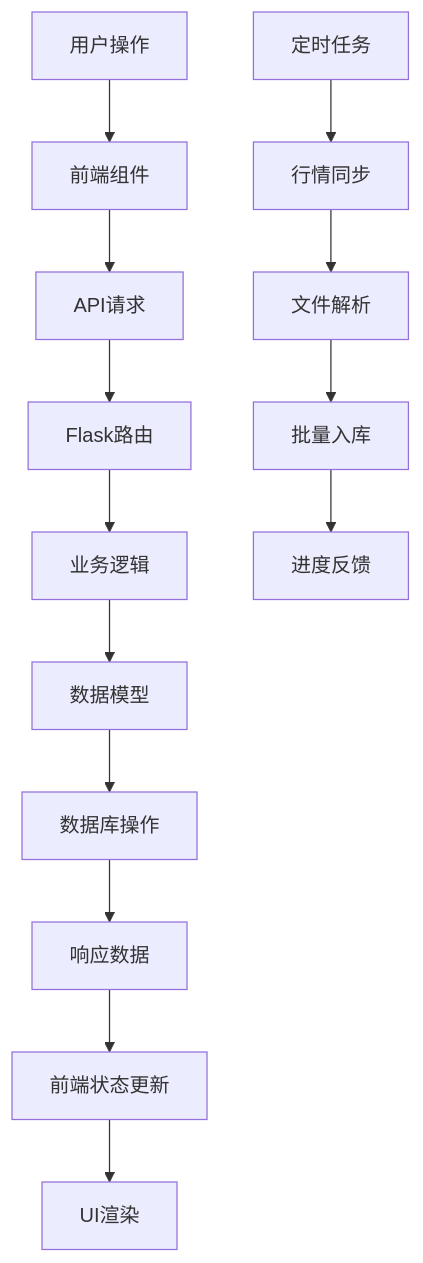
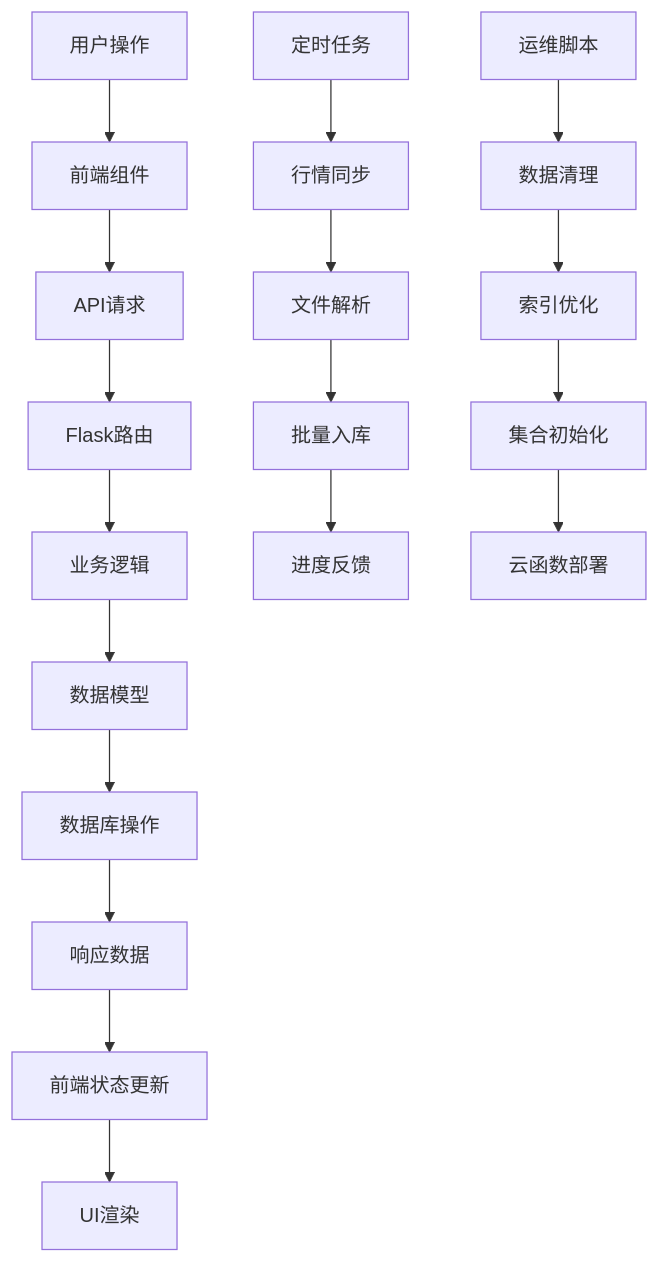
Before and after one commit to guyuefangyuanl/Over-the-counter-options: the sixth of 23 diagrams in .qoder/repowiki/zh/content/Administrative Utilities.md, drawn with Mermaid. The commit also changed other lines of this file and 29 other files, not shown here.

````diff
--- a/.qoder/repowiki/zh/content/Administrative Utilities.md
+++ b/.qoder/repowiki/zh/content/Administrative Utilities.md
@@ -238,16 +286,20 @@
 ```mermaid
 flowchart TD
 A[用户操作] --> B[前端组件]
 B --> C[API请求]
 C --> D[Flask路由]
 D --> E[业务逻辑]
 E --> F[数据模型]
 F --> G[数据库操作]
 G --> H[响应数据]
 H --> I[前端状态更新]
 I --> J[UI渲染]
 K[定时任务] --> L[行情同步]
 L --> M[文件解析]
 M --> N[批量入库]
 N --> O[进度反馈]
+P[运维脚本] --> Q[数据清理]
+Q --> R[索引优化]
+R --> S[集合初始化]
+S --> T[云函数部署]
 ```
````
